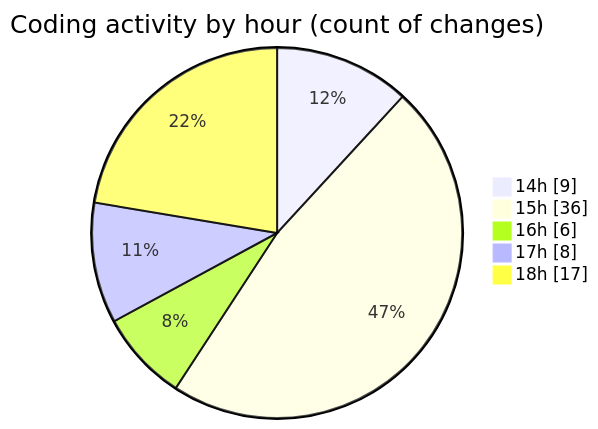
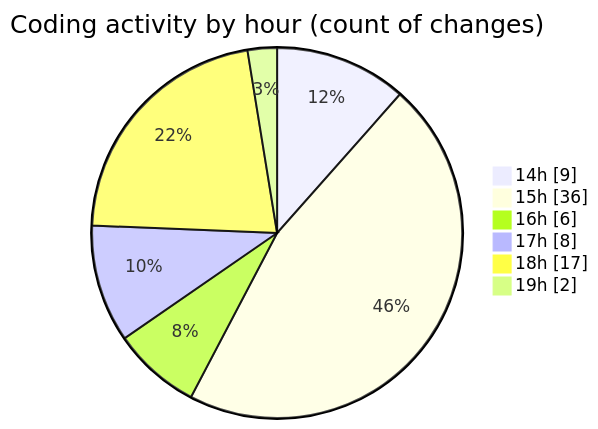
Before and after one commit to Ritupan-Deka/code-tracking: the second of 2 diagrams in 2025-06-17/projects/README.md, drawn with Mermaid. The commit also changed other lines of this file and 1 other file, not shown here.

````diff
--- a/2025-06-17/projects/README.md
+++ b/2025-06-17/projects/README.md
@@ -29,9 +29,10 @@
 ```mermaid
 pie showData
 title Coding activity by hour (count of changes)
 "14h" : 9
 "15h" : 36
 "16h" : 6
 "17h" : 8
 "18h" : 17
+"19h" : 2
 ```
````
